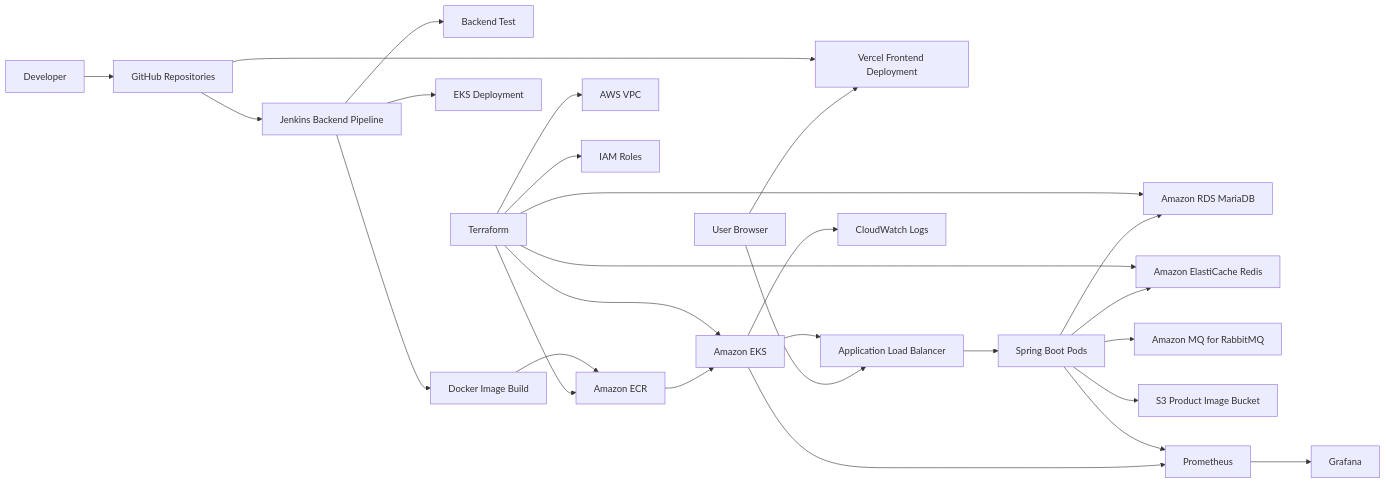
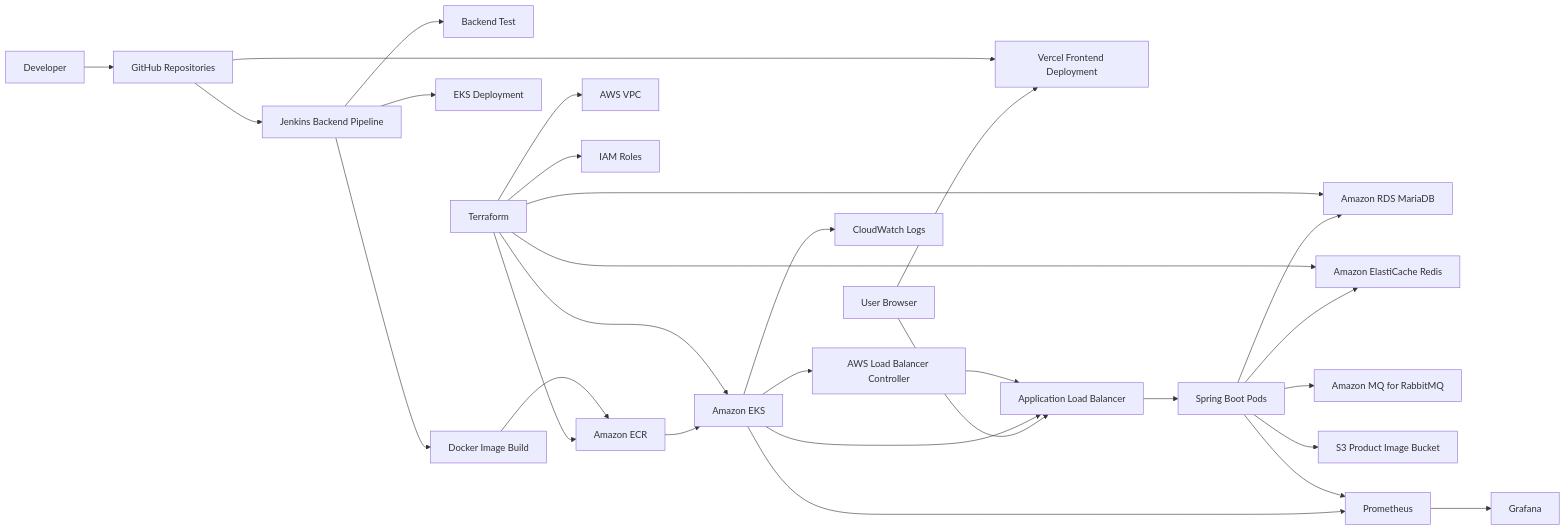
Before and after one commit to leem5514/OrderPage_Infra_DevOps: the diagram in docs/architecture.md, drawn with Mermaid. The commit also changed other lines of this file and 22 other files, not shown here.

Commit message:
AWS Load Balancer Controller 구성 추가

````diff
--- a/docs/architecture.md
+++ b/docs/architecture.md
@@ -3,35 +3,37 @@
 ```mermaid
 flowchart LR
     Dev[Developer] --> GitHub[GitHub Repositories]
     GitHub --> Vercel[Vercel Frontend Deployment]
     GitHub --> Jenkins[Jenkins Backend Pipeline]
 
     Jenkins --> Test[Backend Test]
     Jenkins --> DockerBuild[Docker Image Build]
     DockerBuild --> ECR[Amazon ECR]
 
     Jenkins --> Deploy[EKS Deployment]
     Terraform[Terraform] --> VPC[AWS VPC]
     Terraform --> ECR
     Terraform --> EKS[Amazon EKS]
     Terraform --> RDS[Amazon RDS MariaDB]
     Terraform --> Redis[Amazon ElastiCache Redis]
     Terraform --> IAM[IAM Roles]
 
     ECR --> EKS
+    EKS --> LBC[AWS Load Balancer Controller]
+    LBC --> ALB
     EKS --> ALB[Application Load Balancer]
     ALB --> API[Spring Boot Pods]
 
     API --> RDS
     API --> Redis
     API --> MQ[Amazon MQ for RabbitMQ]
     API --> S3[S3 Product Image Bucket]
 
     User[User Browser] --> Vercel
     User --> ALB
 
     API --> Prom[Prometheus]
     EKS --> Prom
     Prom --> Grafana[Grafana]
     EKS --> CloudWatch[CloudWatch Logs]
 ```
````
